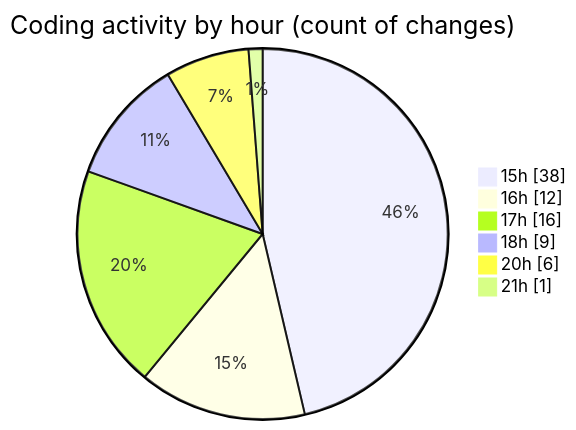
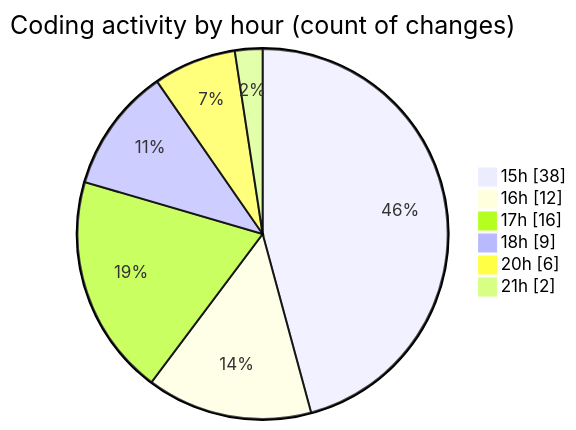
Before and after one commit to nxtqubesakshisongat/code-tracking: the second of 2 diagrams in 2025-09-08/cashcalculator/README.md, drawn with Mermaid. The commit also changed other lines of this file and 1 other file, not shown here.

````diff
--- a/2025-09-08/cashcalculator/README.md
+++ b/2025-09-08/cashcalculator/README.md
@@ -28,10 +28,10 @@
 ```mermaid
 pie showData
 title Coding activity by hour (count of changes)
 "15h" : 38
 "16h" : 12
 "17h" : 16
 "18h" : 9
 "20h" : 6
-"21h" : 1
+"21h" : 2
 ```
````
